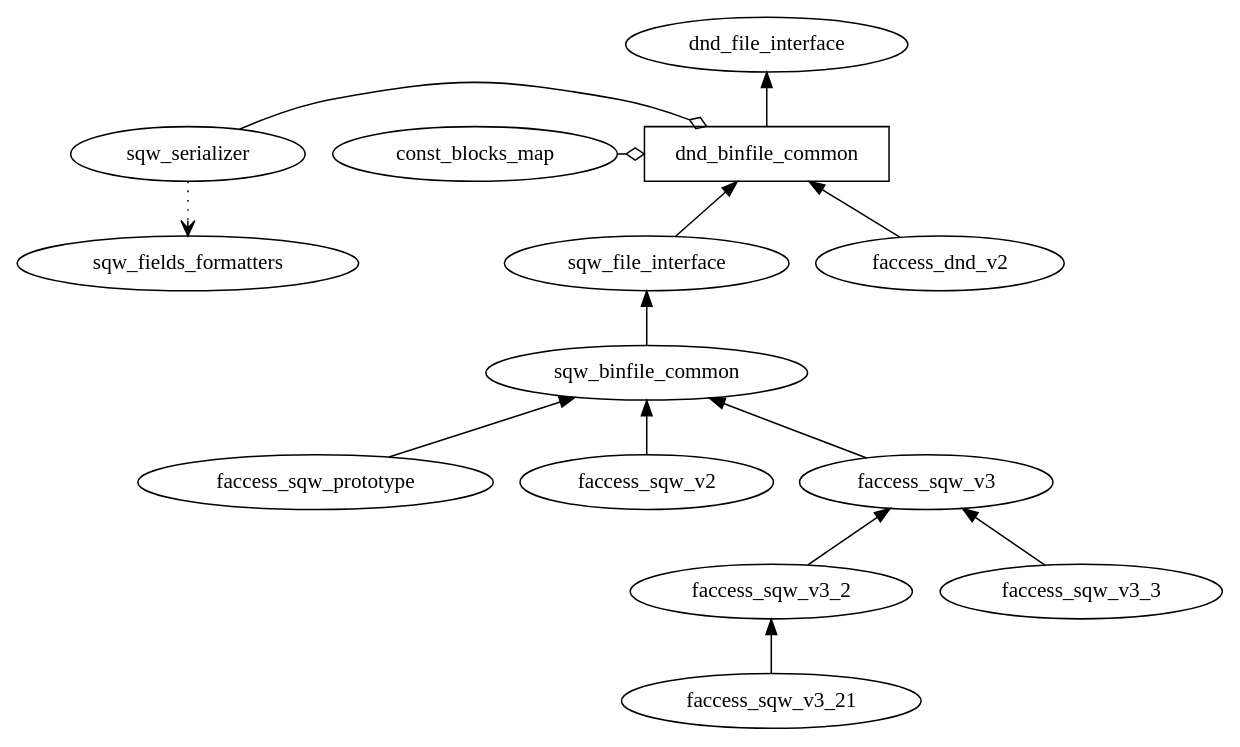
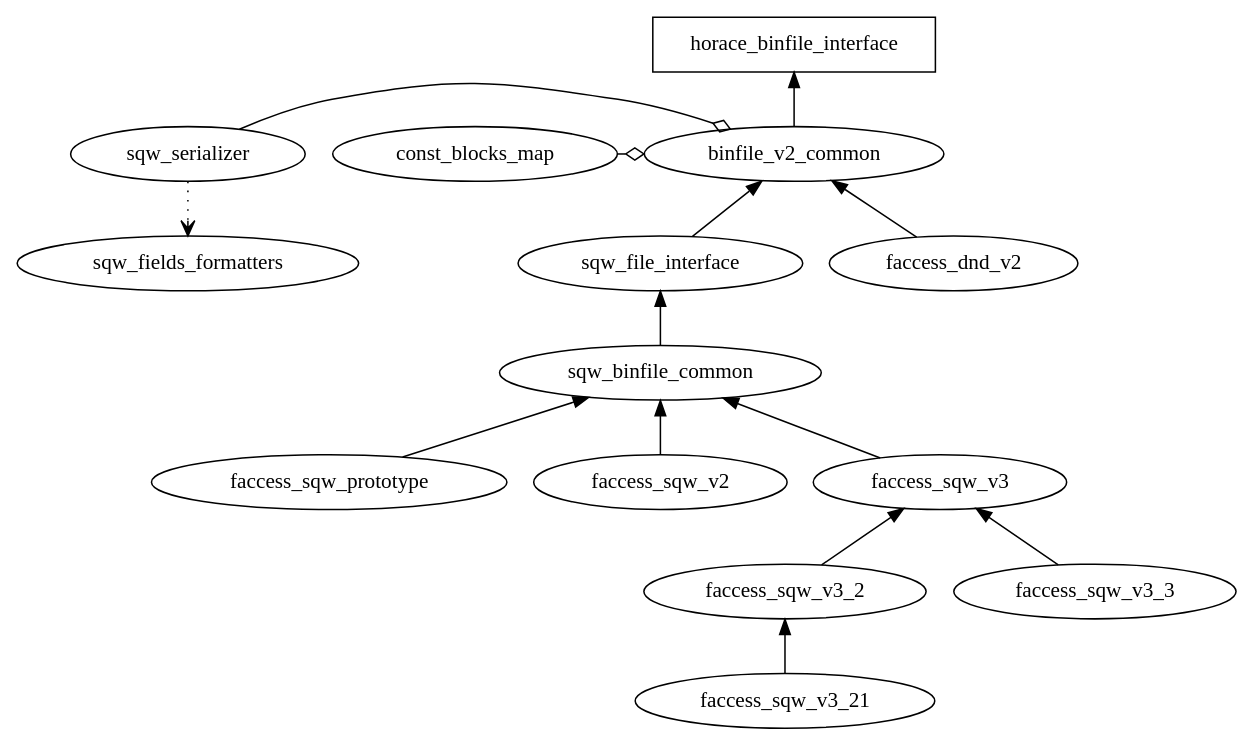
The diagram in horace_core/sqw/file_io/CollabDiagram.gv (pace-neutrons/Horace), drawn with Graphviz before and after one commit. The commit also changed 28 other files, not shown here.

Commit message:
Re #893 renamed dnd_binfile_common.m to binfile_v2_common.m

```diff
--- a/horace_core/sqw/file_io/CollabDiagram.gv
+++ b/horace_core/sqw/file_io/CollabDiagram.gv
@@ -1,26 +1,25 @@
 	/*edge [dir=back,arrowhead=odiamond];*/digraph CollabDiag {
    /* Collaboration&inheritance diagram showing relationship between various classes supporting sqw file access*/
 	edge [dir=back];
-	dnd_binfile_common [shape=box];
+	horace_binfile_interface [shape=box];
 
-	dnd_file_interface -> dnd_binfile_common -> faccess_dnd_v2;
-	dnd_binfile_common -> sqw_file_interface->sqw_binfile_common;
+	horace_binfile_interface -> binfile_v2_common -> faccess_dnd_v2;
+	binfile_v2_common -> sqw_file_interface->sqw_binfile_common;
 	sqw_binfile_common-> faccess_sqw_prototype;
 	sqw_binfile_common-> faccess_sqw_v2;
 	sqw_binfile_common-> faccess_sqw_v3;
 
 	/*edge [dir=back,arrowhead=odiamond];*/
     
                     faccess_sqw_v3-> faccess_sqw_v3_2
                     faccess_sqw_v3-> faccess_sqw_v3_3
-
-                        faccess_sqw_v3_2-> faccess_sqw_v3_21
+                    faccess_sqw_v3_2-> faccess_sqw_v3_21
                         
 	edge [dir=normal,arrowhead=odiamond]
-	{rank = same;"dnd_binfile_common";"sqw_serializer";"const_blocks_map"};
-	sqw_serializer  -> dnd_binfile_common;
-	const_blocks_map -> dnd_binfile_common;
+	{rank = same;"binfile_v2_common";"sqw_serializer";"const_blocks_map"};
+	sqw_serializer  -> binfile_v2_common;
+	const_blocks_map -> binfile_v2_common;
 	edge [style=dotted,arrowhead=vee];
 	sqw_serializer -> sqw_fields_formatters;
 
  }
```
